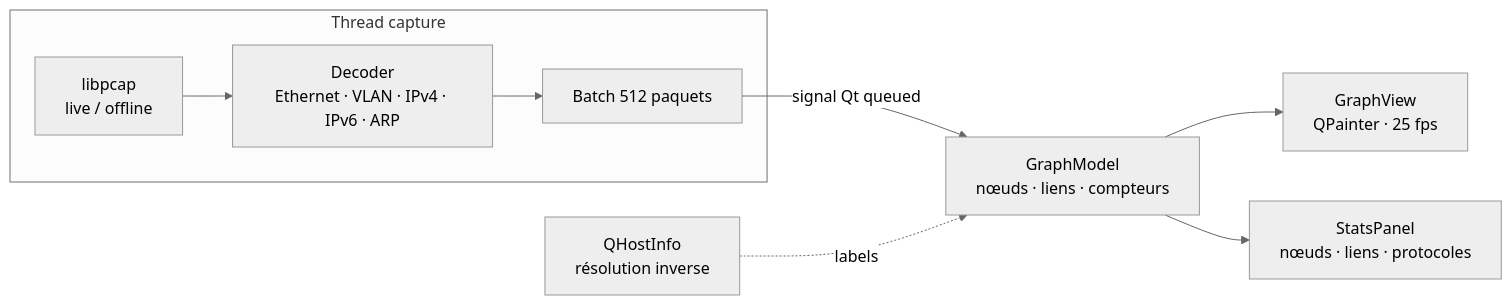
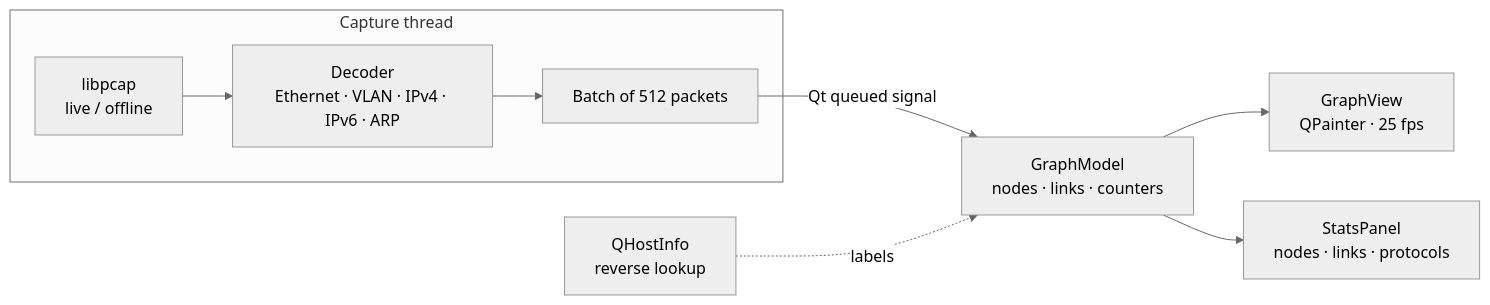
The diagram in README.md (zx97/etherape2026), drawn with Mermaid (neutral theme) before and after one commit. The commit also changed other lines of this file and 14 other files, not shown here.

````diff
--- a/README.md
+++ b/README.md
@@ -124,11 +130,11 @@
 ```mermaid
 flowchart LR
-    subgraph Thread capture
+    subgraph Capture thread
         P[libpcap<br/>live / offline] --> D[Decoder<br/>Ethernet · VLAN · IPv4 · IPv6 · ARP]
-        D --> B[Batch 512 paquets]
+        D --> B[Batch of 512 packets]
     end
-    B -->|signal Qt queued| GM[GraphModel<br/>nœuds · liens · compteurs]
+    B -->|Qt queued signal| GM[GraphModel<br/>nodes · links · counters]
     GM --> GV[GraphView<br/>QPainter · 25 fps]
-    GM --> SP[StatsPanel<br/>nœuds · liens · protocoles]
-    DNS[QHostInfo<br/>résolution inverse] -.labels.-> GM
+    GM --> SP[StatsPanel<br/>nodes · links · protocols]
+    DNS[QHostInfo<br/>reverse lookup] -.labels.-> GM
 ```
````
